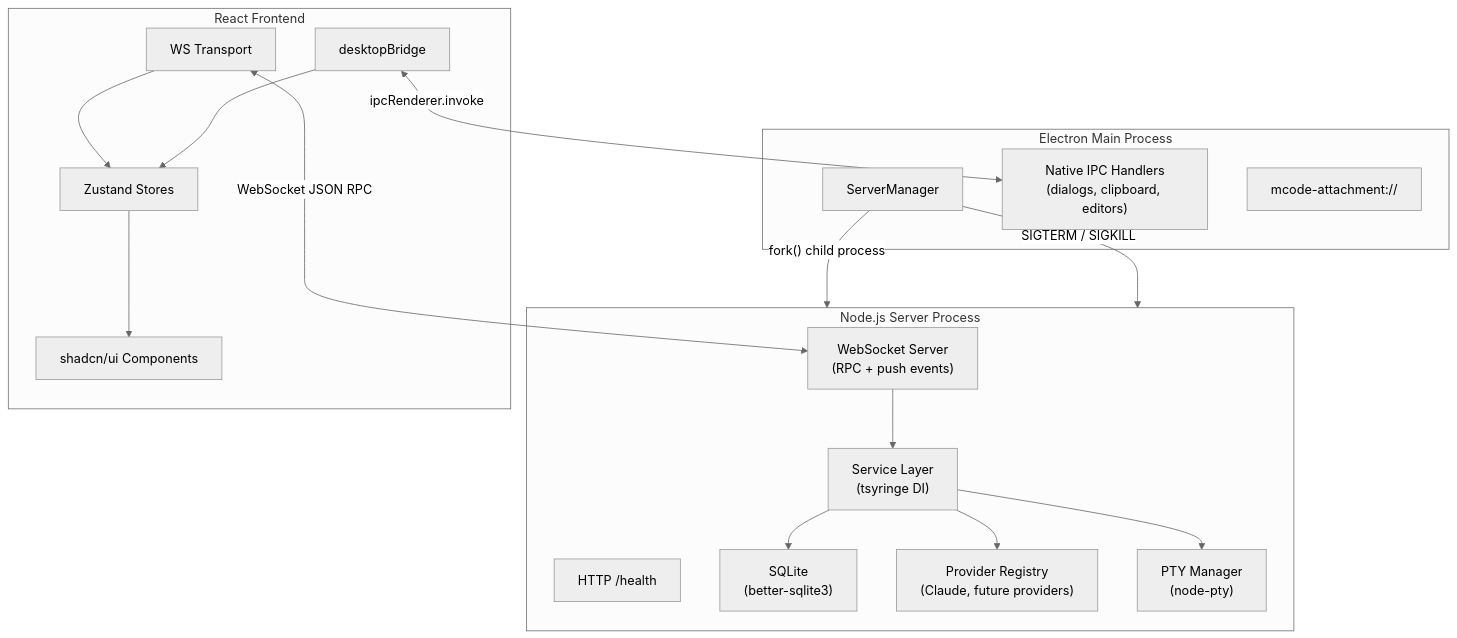
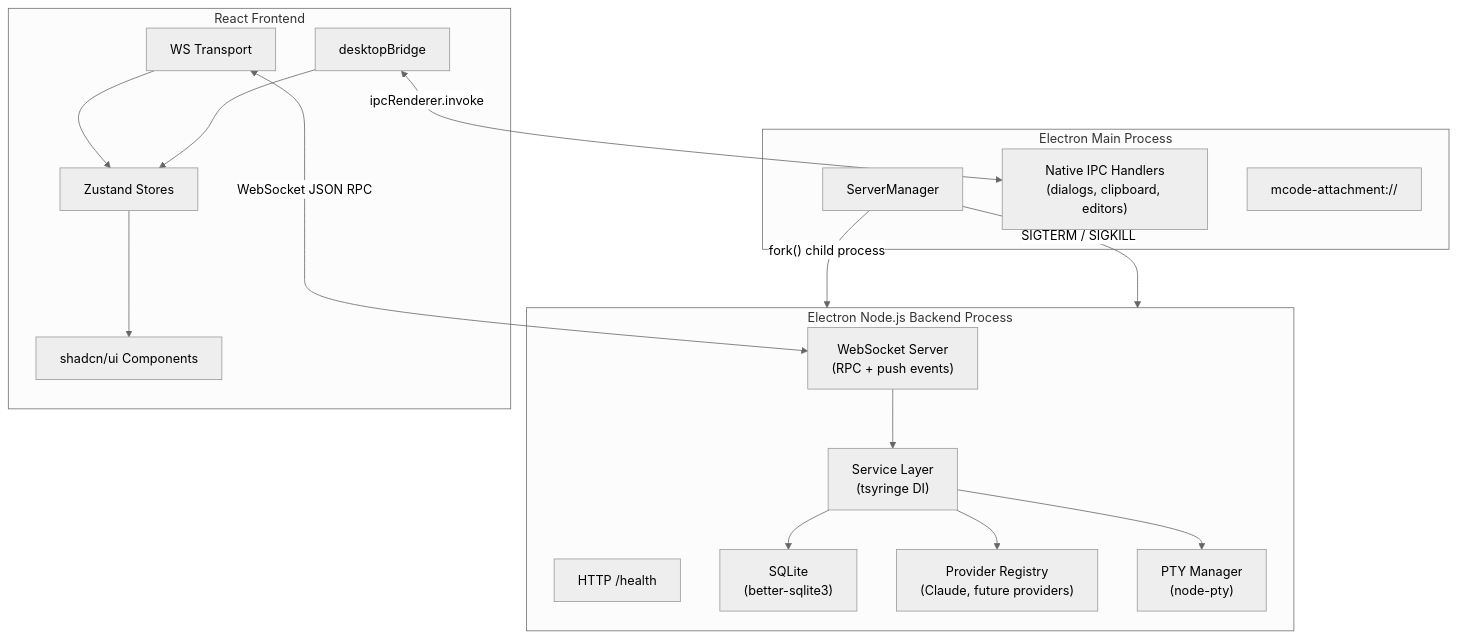
One commit to Mzeey-Emipre/mcode changed the first of 6 diagrams in ARCHITECTURE.md. Above: the diagram before and after it, drawn with Mermaid (neutral theme). The commit also changed other lines of this file and 41 other files, not shown here.

````diff
--- a/ARCHITECTURE.md
+++ b/ARCHITECTURE.md
@@ -166,38 +171,38 @@
 ```mermaid
 graph TB
     subgraph Desktop["Electron Main Process"]
         SM["ServerManager"]
         IPC["Native IPC Handlers<br/>(dialogs, clipboard, editors)"]
         Proto["mcode-attachment://"]
     end
 
-    subgraph Server["Node.js Server Process"]
+    subgraph Server["Electron Node.js Backend Process"]
         WS["WebSocket Server<br/>(RPC + push events)"]
         HTTP["HTTP /health"]
         Services["Service Layer<br/>(tsyringe DI)"]
         DB["SQLite<br/>(better-sqlite3)"]
         Providers["Provider Registry<br/>(Claude, future providers)"]
         PTY["PTY Manager<br/>(node-pty)"]
 
         WS --> Services
         Services --> DB
         Services --> Providers
         Services --> PTY
     end
 
     subgraph Renderer["React Frontend"]
         Transport["WS Transport"]
         Bridge["desktopBridge"]
         Stores["Zustand Stores"]
         UI["shadcn/ui Components"]
 
         Transport --> Stores
         Bridge --> Stores
         Stores --> UI
     end
 
     SM -->|"fork() child process"| Server
     Transport <-->|"WebSocket JSON RPC"| WS
     Bridge <-->|"ipcRenderer.invoke"| IPC
     SM -->|"SIGTERM / SIGKILL"| Server
 ```
````
